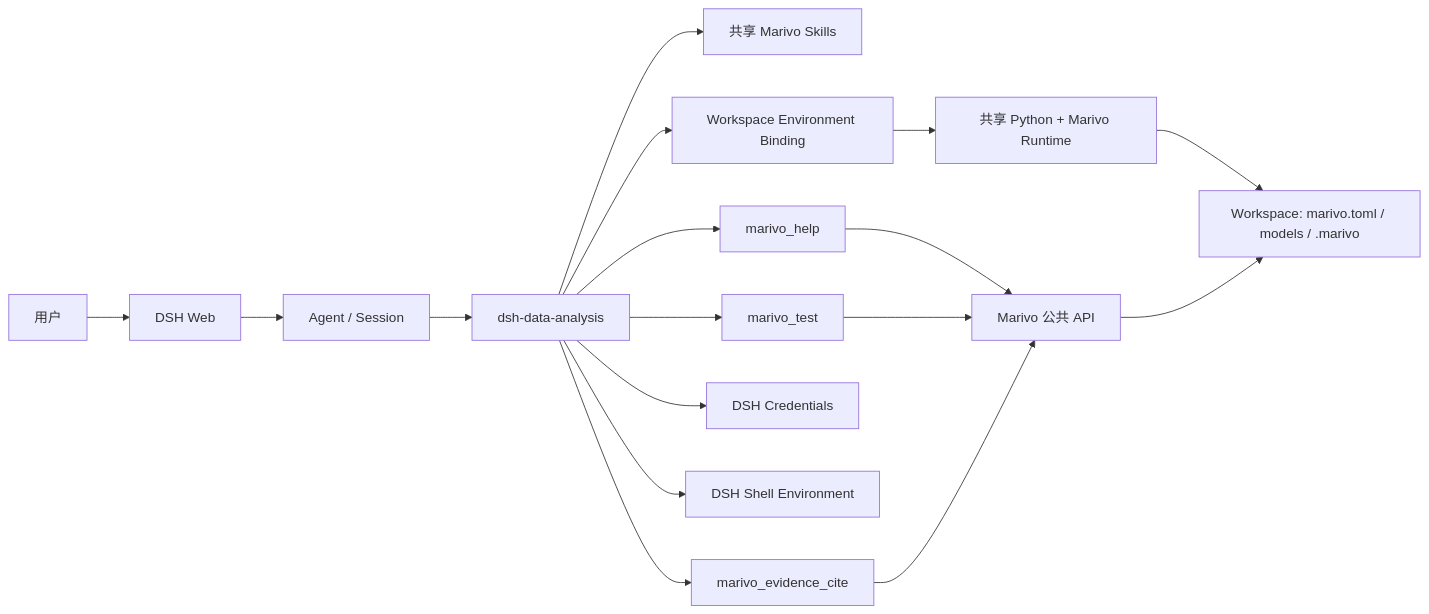
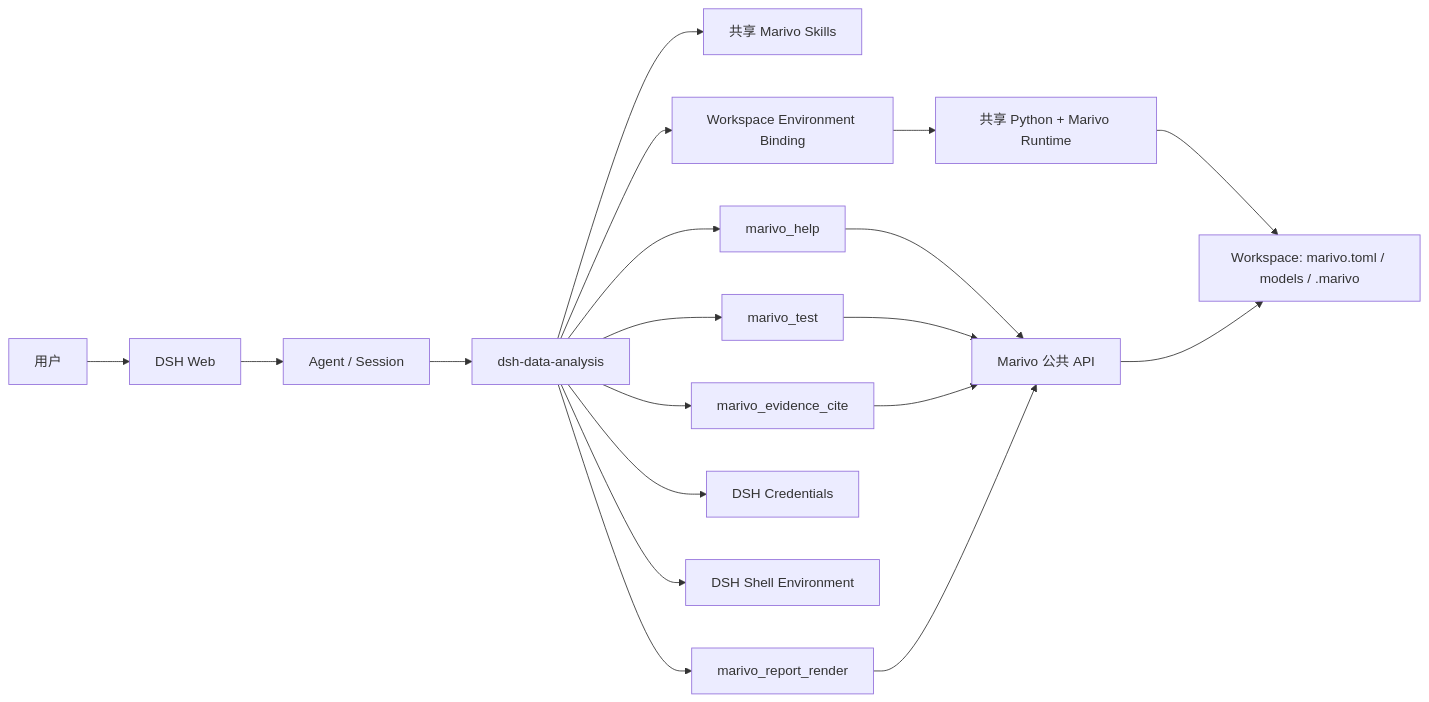
One commit to chengxianglibra/dsh-data-analysis changed the diagram in docs/architecture.md. Above: the diagram before and after it, drawn with Mermaid. The commit also changed other lines of this file and 23 other files, not shown here.

````diff
--- a/docs/architecture.md
+++ b/docs/architecture.md
@@ -31,19 +31,21 @@
 ```mermaid
 flowchart LR
   User[用户] --> Web[DSH Web]
   Web --> Agent[Agent / Session]
   Agent --> Plugin[dsh-data-analysis]
   Plugin --> Skills[共享 Marivo Skills]
   Plugin --> Help[marivo_help]
   Plugin --> Test[marivo_test]
   Plugin --> Cite[marivo_evidence_cite]
+  Plugin --> Report[marivo_report_render]
   Plugin --> Creds[DSH Credentials]
   Plugin --> ShellEnv[DSH Shell Environment]
   Plugin --> Env[Workspace Environment Binding]
   Env --> Runtime[共享 Python + Marivo Runtime]
   Runtime --> Project[Workspace: marivo.toml / models / .marivo]
   Help --> Marivo[Marivo 公共 API]
   Test --> Marivo
   Cite --> Marivo
+  Report --> Marivo
   Marivo --> Project
 ```
````
